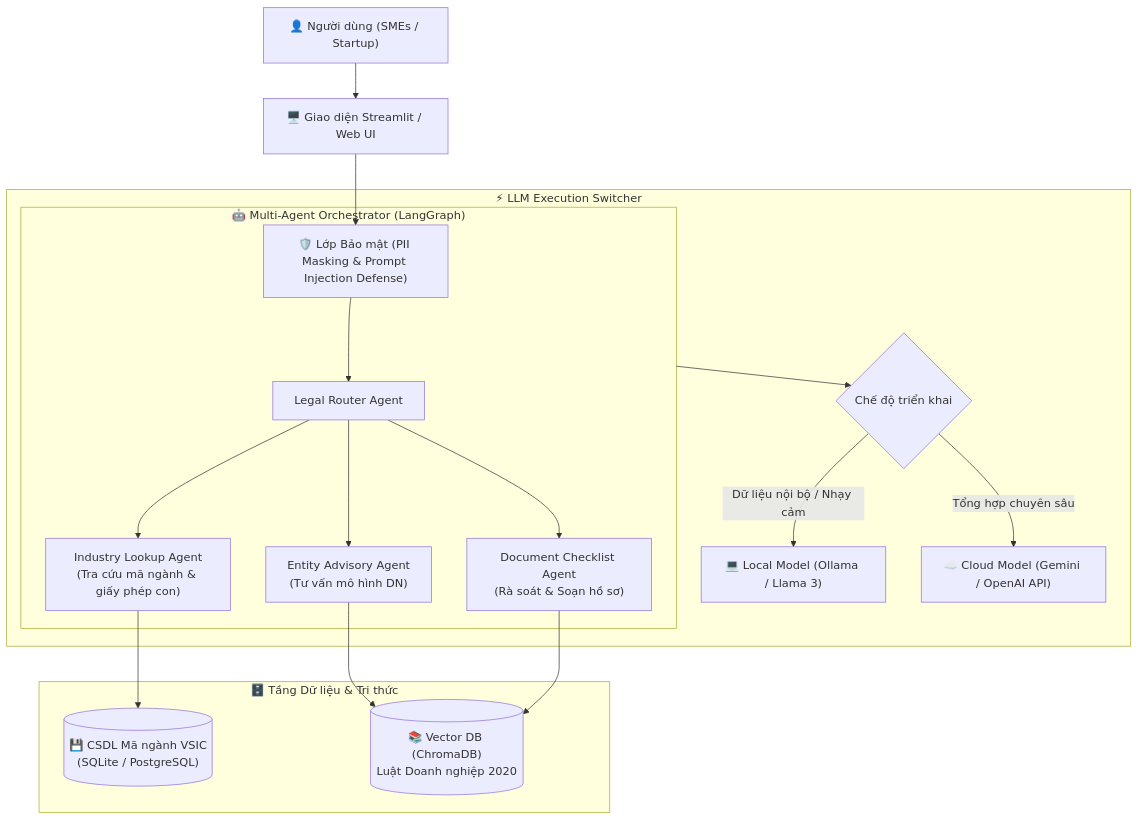
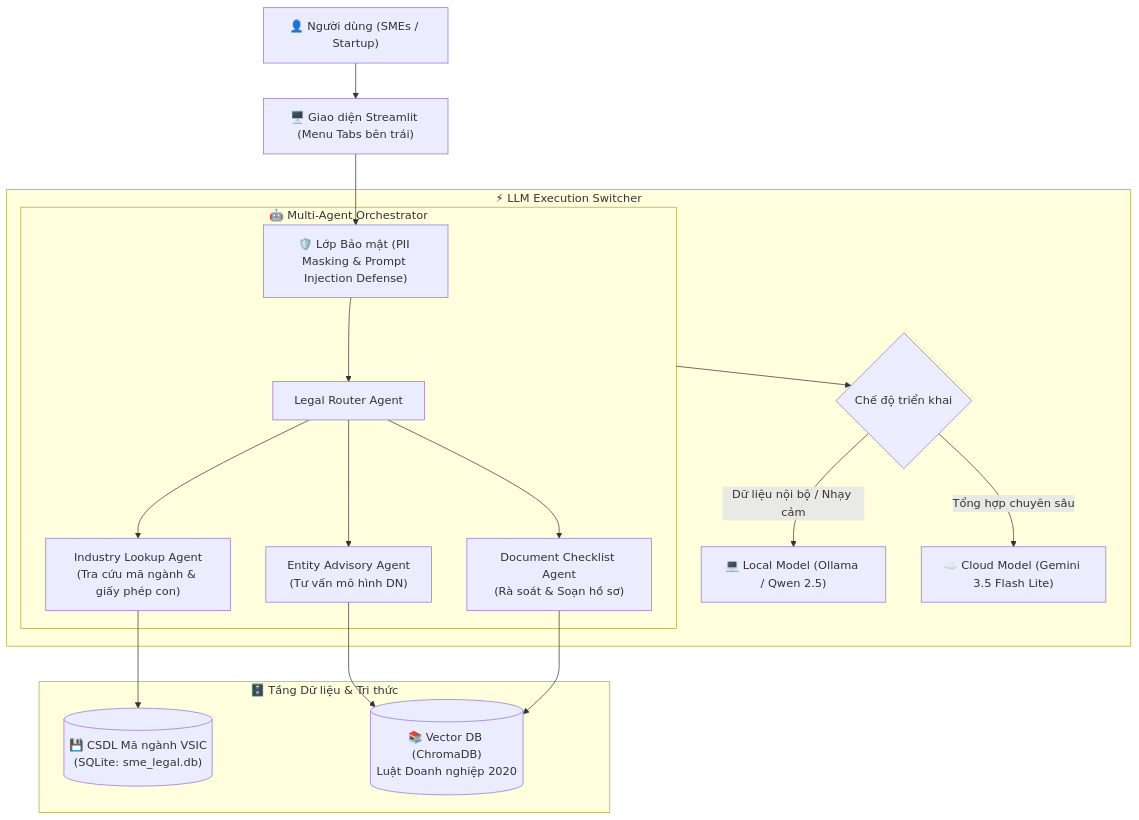
One commit to snowflake-vibing/LLM_Nhut changed the diagram in README.md. Above: the diagram before and after it, drawn with Mermaid. The commit also changed other lines of this file and 4 other files, not shown here.

````diff
--- a/README.md
+++ b/README.md
@@ -40,24 +57,24 @@
 ```mermaid
 flowchart TD
-    User["👤 Người dùng (SMEs / Startup)"] --> UI["🖥️ Giao diện Streamlit / Web UI"]
+    User["👤 Người dùng (SMEs / Startup)"] --> UI["🖥️ Giao diện Streamlit (Menu Tabs bên trái)"]
     UI --> Guardrails["🛡️ Lớp Bảo mật (PII Masking & Prompt Injection Defense)"]
     
-    subgraph MultiAgentEngine ["🤖 Multi-Agent Orchestrator (LangGraph)"]
+    subgraph MultiAgentEngine ["🤖 Multi-Agent Orchestrator"]
         Guardrails --> RouterAgent["Legal Router Agent"]
         RouterAgent --> AdvisoryAgent["Entity Advisory Agent\n(Tư vấn mô hình DN)"]
         RouterAgent --> IndustryAgent["Industry Lookup Agent\n(Tra cứu mã ngành & giấy phép con)"]
         RouterAgent --> ReviewerAgent["Document Checklist Agent\n(Rà soát & Soạn hồ sơ)"]
     end
 
     subgraph DataLayer ["🗄️ Tầng Dữ liệu & Tri thức"]
-        IndustryAgent --> SQLDB[("💾 CSDL Mã ngành VSIC\n(SQLite / PostgreSQL)")]
+        IndustryAgent --> SQLDB[("💾 CSDL Mã ngành VSIC\n(SQLite: sme_legal.db)")]
         AdvisoryAgent --> VectorDB[("📚 Vector DB (ChromaDB)\nLuật Doanh nghiệp 2020")]
         ReviewerAgent --> VectorDB
     end
 
     subgraph LLMExecutionEngine ["⚡ LLM Execution Switcher"]
         MultiAgentEngine --> Switcher{"Chế độ triển khai"}
-        Switcher -->|"Dữ liệu nội bộ / Nhạy cảm"| LocalLLM["💻 Local Model (Ollama / Llama 3)"]
-        Switcher -->|"Tổng hợp chuyên sâu"| CloudLLM["☁️ Cloud Model (Gemini / OpenAI API)"]
+        Switcher -->|"Dữ liệu nội bộ / Nhạy cảm"| LocalLLM["💻 Local Model (Ollama / Qwen 2.5)"]
+        Switcher -->|"Tổng hợp chuyên sâu"| CloudLLM["☁️ Cloud Model (Gemini 3.5 Flash Lite)"]
     end
 ```
````
